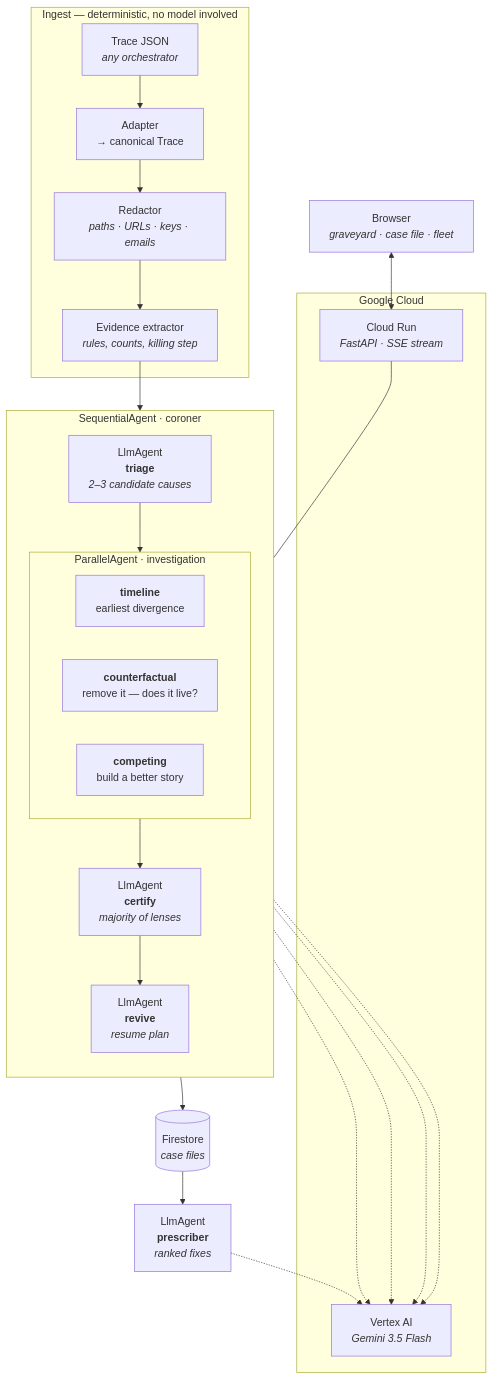
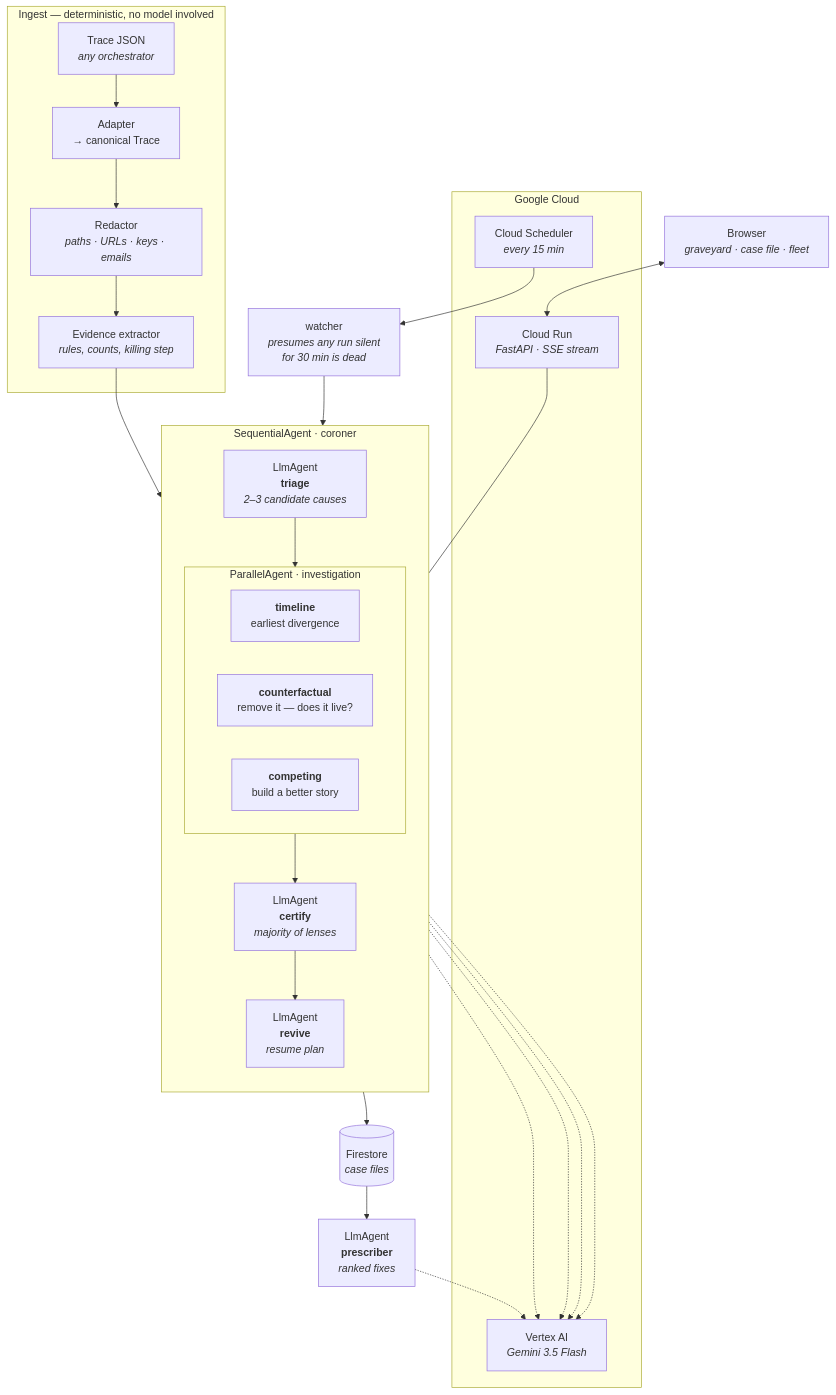
The diagram in README.md (Avischai-G/avi-notes-assistant), drawn with Mermaid before and after one commit. The commit also changed other lines of this file and 7 other files, not shown here.

````diff
--- a/README.md
+++ b/README.md
@@ -58,40 +66,44 @@
 ```mermaid
 flowchart TB
     subgraph ingest["Ingest — deterministic, no model involved"]
         T["Trace JSON<br/><i>any orchestrator</i>"] --> A["Adapter<br/>→ canonical Trace"]
         A --> R["Redactor<br/><i>paths · URLs · keys · emails</i>"]
         R --> E["Evidence extractor<br/><i>rules, counts, killing step</i>"]
     end
 
     subgraph coroner["SequentialAgent · coroner"]
         direction TB
         E --> TR["LlmAgent<br/><b>triage</b><br/><i>2–3 candidate causes</i>"]
         TR --> P
 
         subgraph P["ParallelAgent · investigation"]
             direction LR
             I1["<b>timeline</b><br/>earliest divergence"]
             I2["<b>counterfactual</b><br/>remove it — does it live?"]
             I3["<b>competing</b><br/>build a better story"]
         end
 
         P --> C["LlmAgent<br/><b>certify</b><br/><i>majority of lenses</i>"]
         C --> V["LlmAgent<br/><b>revive</b><br/><i>resume plan</i>"]
     end
 
     V --> FS[("Firestore<br/><i>case files</i>")]
     FS --> FL["LlmAgent<br/><b>prescriber</b><br/><i>ranked fixes</i>"]
 
     subgraph gcp["Google Cloud"]
         CR["Cloud Run<br/><i>FastAPI · SSE stream</i>"]
         VX["Vertex AI<br/><i>Gemini 3.5 Flash</i>"]
+        SCH["Cloud Scheduler<br/><i>every 15 min</i>"]
     end
+
+    SCH --> W["watcher<br/><i>presumes any run silent<br/>for 30 min is dead</i>"]
+    W --> TR
 
     TR -.-> VX
     P -.-> VX
     C -.-> VX
     V -.-> VX
     FL -.-> VX
     CR --- coroner
     UI["Browser<br/><i>graveyard · case file · fleet</i>"] <--> CR
 ```
````
